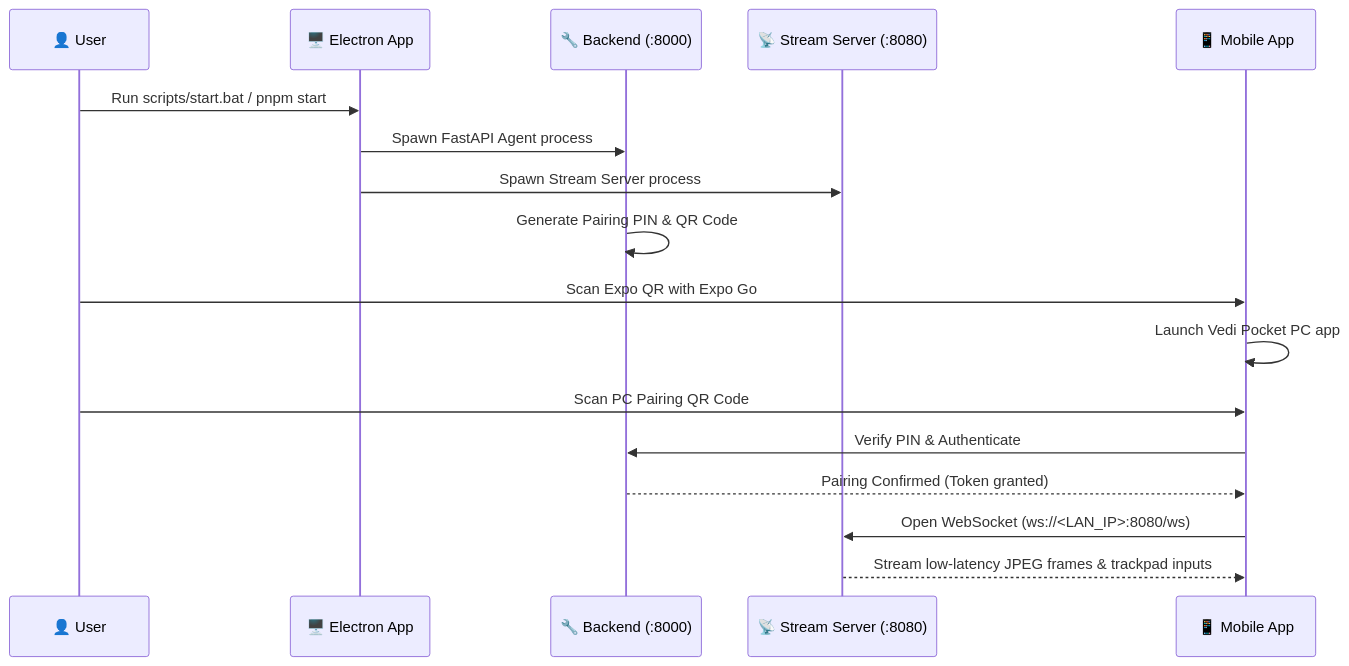
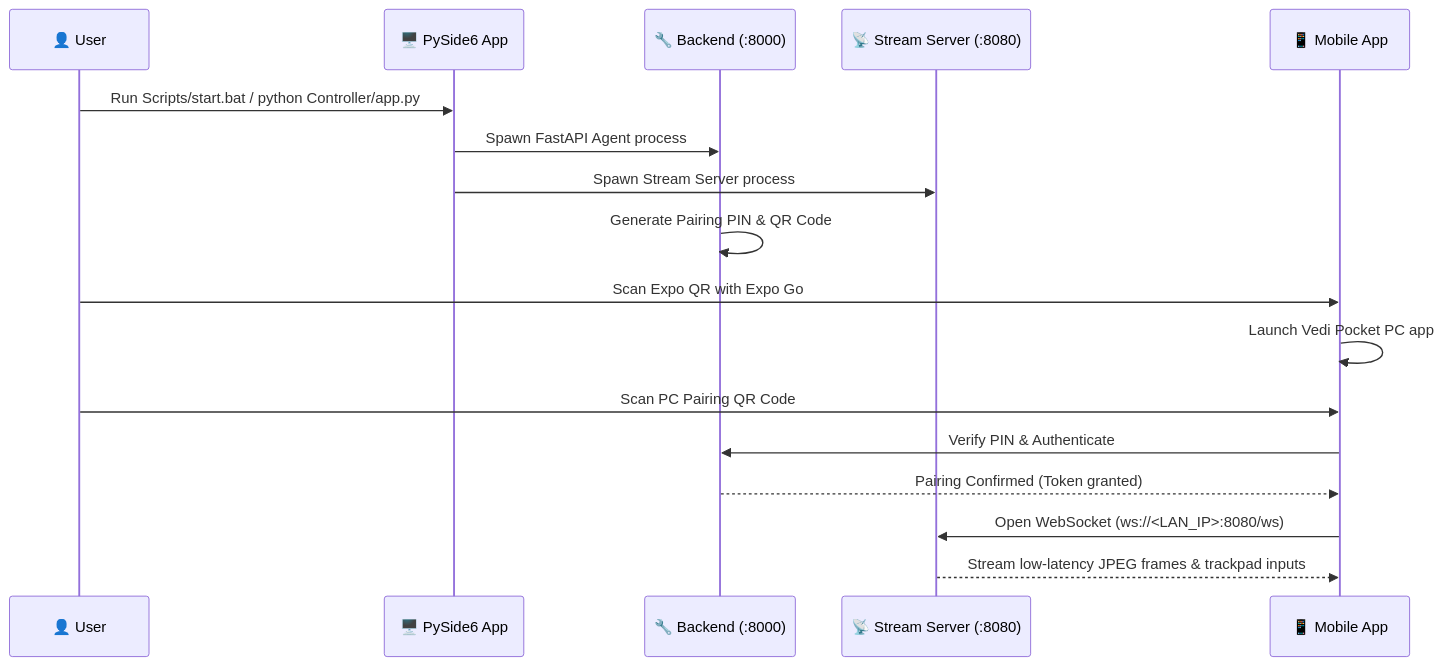
One commit to ajaysaagar-dev/Vedi-Pocket-PC changed the first of 2 diagrams in Docs/README.md. Above: the diagram before and after it, drawn with Mermaid. The commit also changed other lines of this file and 20 other files, not shown here.

Commit message:
refactor: replace Electron with native Python PySide6 desktop GUI controller

````diff
--- a/Docs/README.md
+++ b/Docs/README.md
@@ -155,20 +150,20 @@
 ```mermaid
 sequenceDiagram
     participant U as 👤 User
-    participant E as 🖥️ Electron App
+    participant E as 🖥️ PySide6 App
     participant B as 🔧 Backend (:8000)
     participant S as 📡 Stream Server (:8080)
     participant M as 📱 Mobile App
 
-    U->>E: Run scripts/start.bat / pnpm start
+    U->>E: Run Scripts/start.bat / python Controller/app.py
     E->>B: Spawn FastAPI Agent process
     E->>S: Spawn Stream Server process
     B->>B: Generate Pairing PIN & QR Code
     U->>M: Scan Expo QR with Expo Go
     M->>M: Launch Vedi Pocket PC app
     U->>M: Scan PC Pairing QR Code
     M->>B: Verify PIN & Authenticate
     B-->>M: Pairing Confirmed (Token granted)
     M->>S: Open WebSocket (ws://<LAN_IP>:8080/ws)
     S-->>M: Stream low-latency JPEG frames & trackpad inputs
 ```
````
